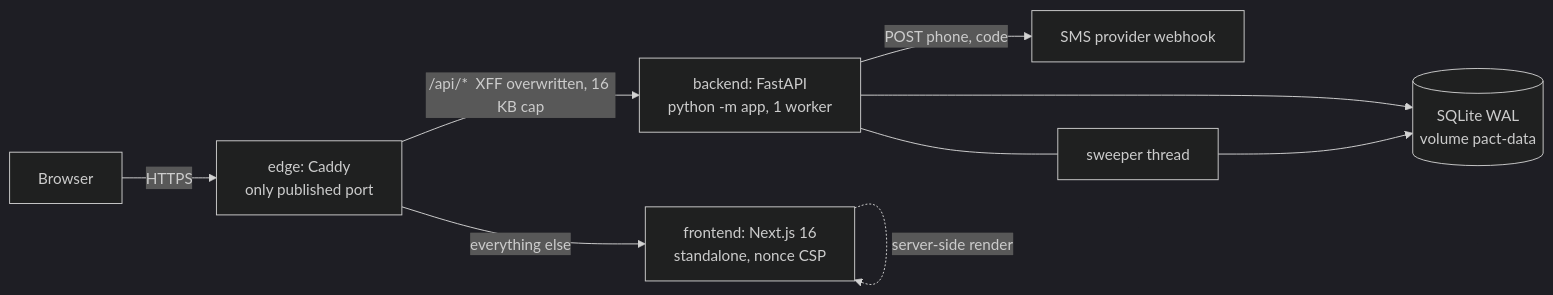
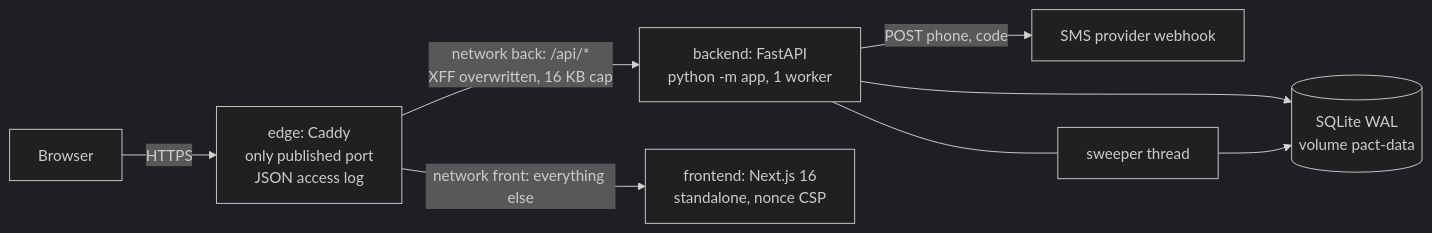
Before and after one commit to donmemedo/TandorostYar: the first of 2 diagrams in docs/ARCHITECTURE.md, drawn with Mermaid (dark theme). The commit also changed other lines of this file and 54 other files, not shown here.

````diff
--- a/docs/ARCHITECTURE.md
+++ b/docs/ARCHITECTURE.md
@@ -5,11 +5,10 @@
 ```mermaid
 flowchart LR
-  B[Browser] -->|HTTPS| E[edge: Caddy<br/>only published port]
-  E -->|/api/*  XFF overwritten, 16 KB cap| API[backend: FastAPI<br/>python -m app, 1 worker]
-  E -->|everything else| W[frontend: Next.js 16<br/>standalone, nonce CSP]
-  W -. server-side render .-> W
+  B[Browser] -->|HTTPS| E[edge: Caddy<br/>only published port<br/>JSON access log]
+  E -->|network back: /api/*<br/>XFF overwritten, 16 KB cap| API[backend: FastAPI<br/>python -m app, 1 worker]
+  E -->|network front: everything else| W[frontend: Next.js 16<br/>standalone, nonce CSP]
   API --> DB[(SQLite WAL<br/>volume pact-data)]
   API -->|POST phone, code| SMS[SMS provider webhook]
   S[sweeper thread] --> DB
   API --- S
 ```
````
